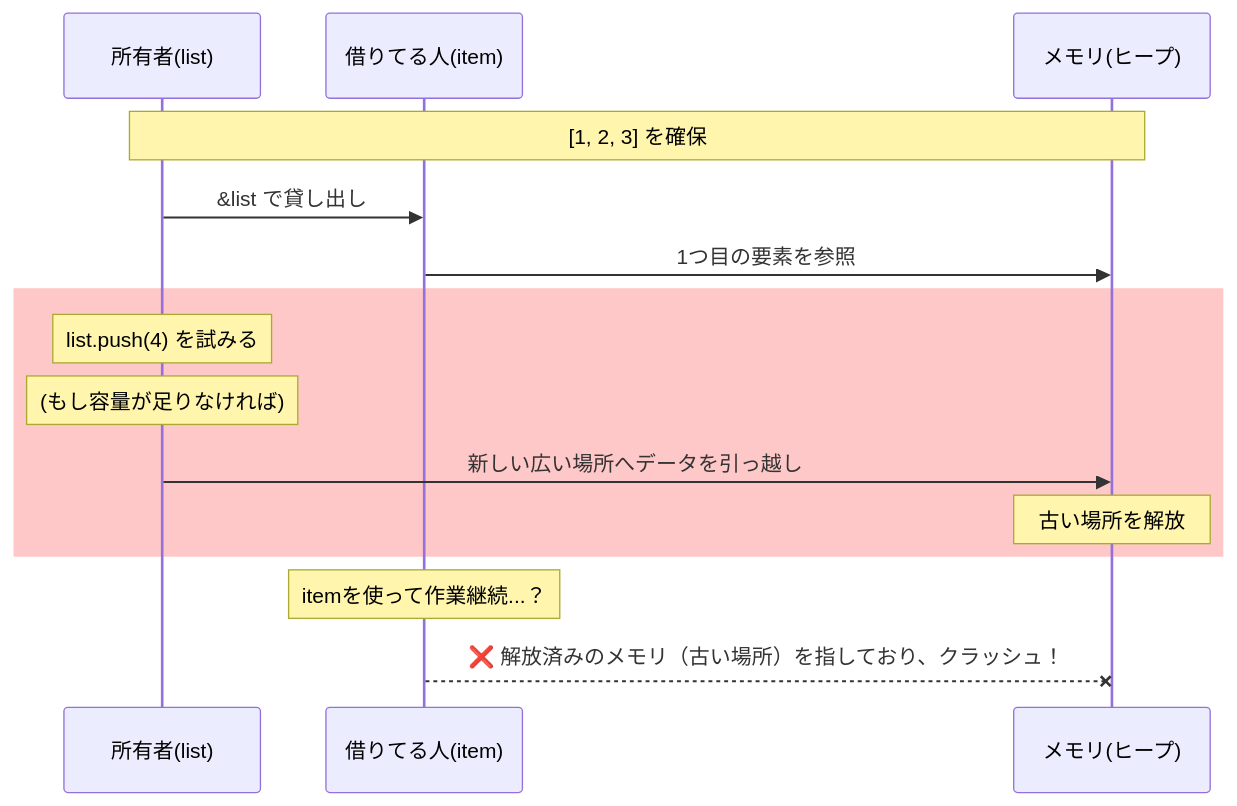
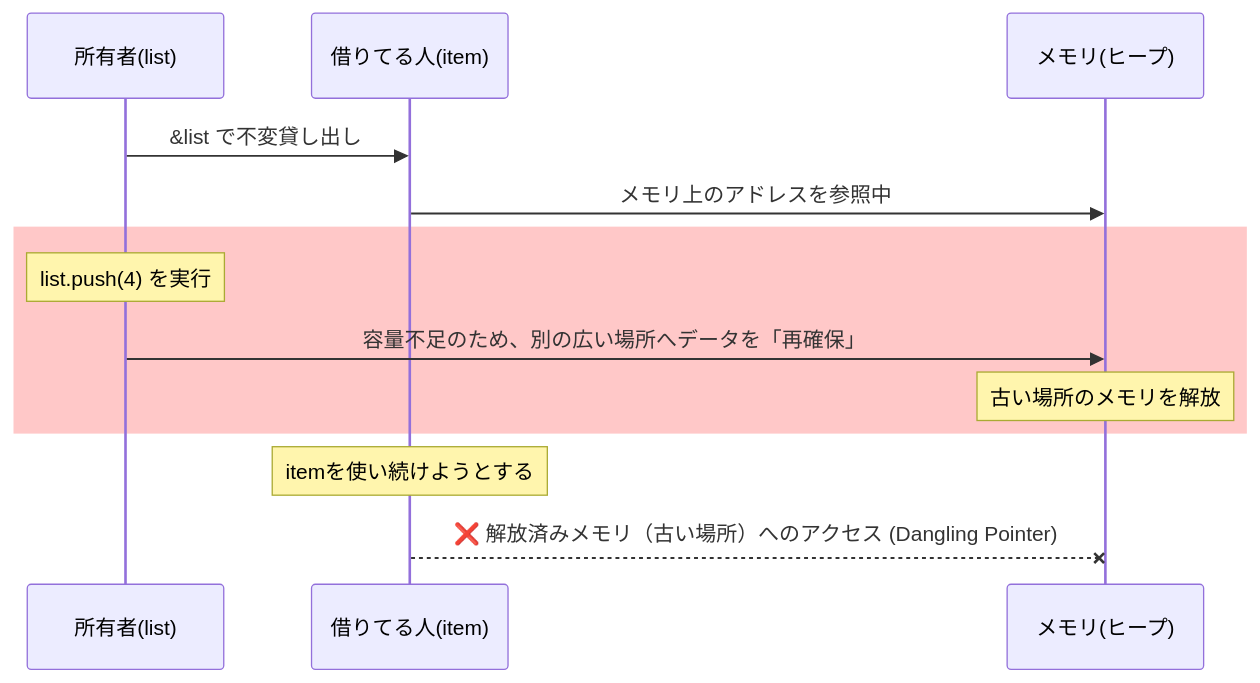
The second of 2 diagrams in docs/glossary/01_introduction.md (kanywst/rust), drawn with Mermaid before and after one commit. The commit also changed other lines of this file and 4 other files, not shown here.

````diff
--- a/docs/glossary/01_introduction.md
+++ b/docs/glossary/01_introduction.md
@@ -195,21 +81,19 @@
 ```mermaid
 sequenceDiagram
     participant Owner as 所有者(list)
     participant Ref as 借りてる人(item)
     participant Mem as メモリ(ヒープ)
 
-    Note over Owner, Mem: [1, 2, 3] を確保
-    Owner->>Ref: &list で貸し出し
-    Ref->>Mem: 1つ目の要素を参照
+    Owner->>Ref: &list で不変貸し出し
+    Ref->>Mem: メモリ上のアドレスを参照中
 
     rect rgb(255, 200, 200)
-    Note over Owner: list.push(4) を試みる
-    Note over Owner: (もし容量が足りなければ)
-    Owner->>Mem: 新しい広い場所へデータを引っ越し
-    Note over Mem: 古い場所を解放
+    Note over Owner: list.push(4) を実行
+    Owner->>Mem: 容量不足のため、別の広い場所へデータを「再確保」
+    Note over Mem: 古い場所のメモリを解放
     end
 
-    Note over Ref: itemを使って作業継続...？
-    Ref--xMem: ❌ 解放済みのメモリ（古い場所）を指しており、クラッシュ！
+    Note over Ref: itemを使い続けようとする
+    Ref--xMem: ❌ 解放済みメモリ（古い場所）へのアクセス (Dangling Pointer)
 
 ```
````
